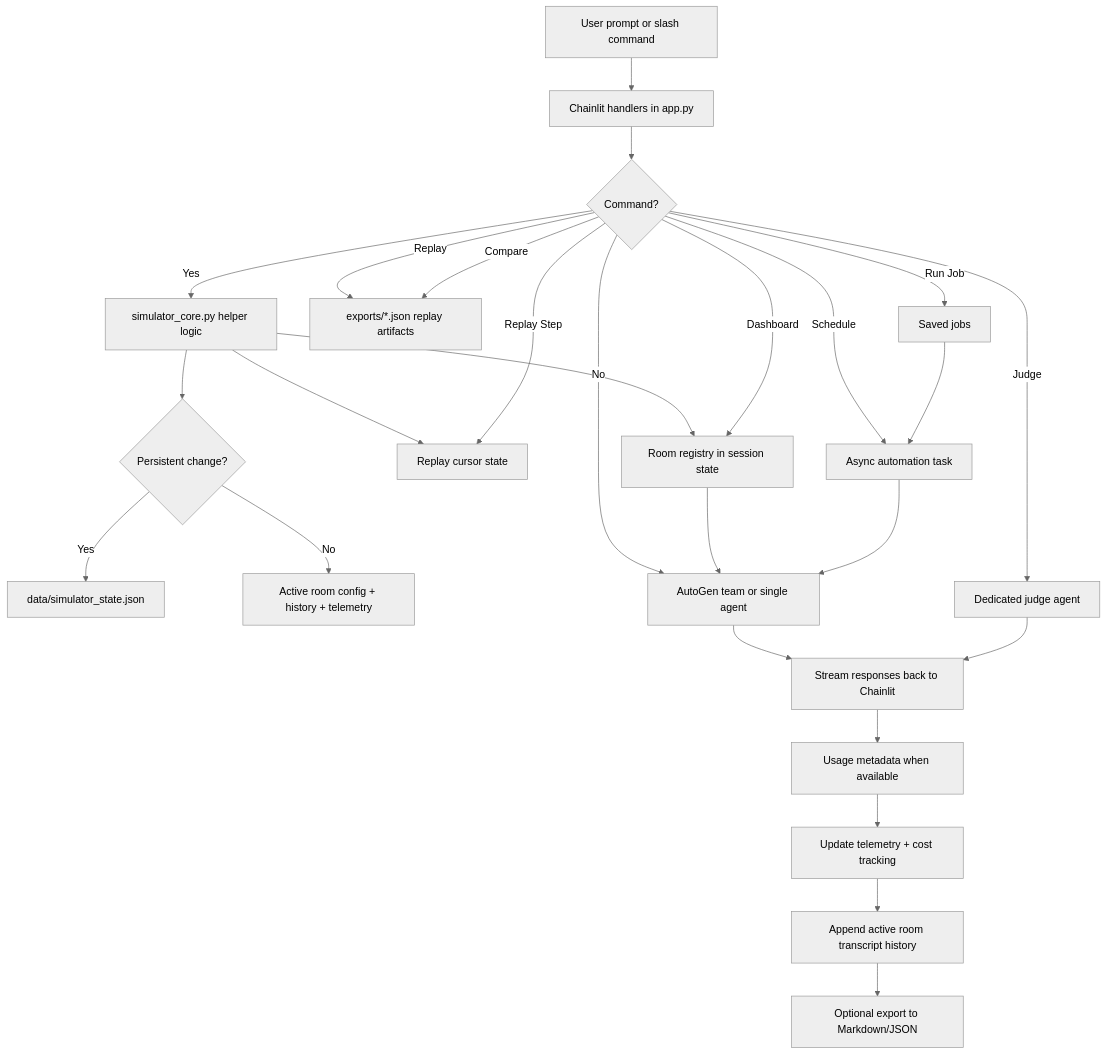
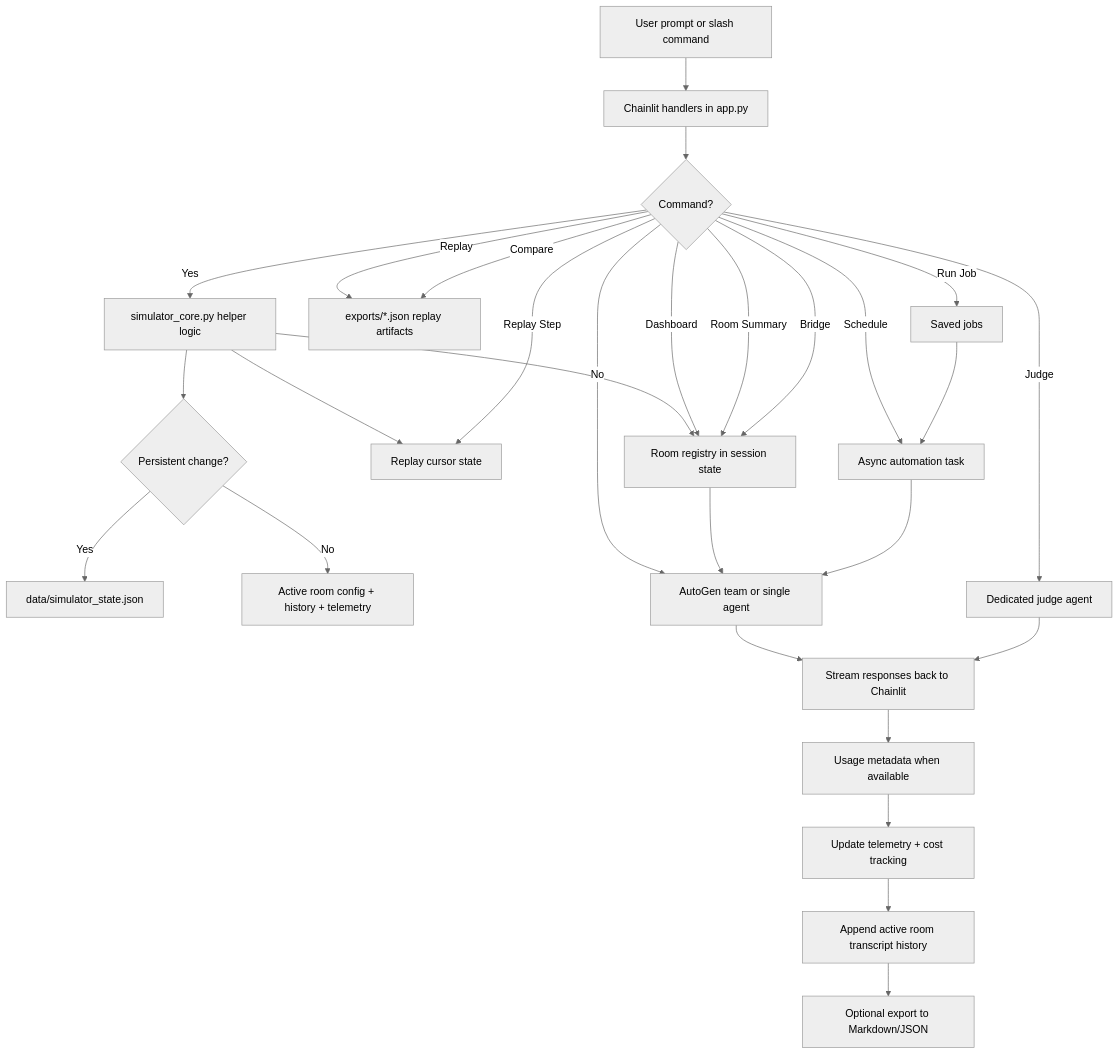
Before and after one commit to robertpelloni/agentirc: the diagram in docs/ai/design/simulator-operations.md, drawn with Mermaid (neutral theme). The commit also changed other lines of this file and 10 other files, not shown here.

Commit message:
feat: add room analytics and bridge notes

````diff
--- a/docs/ai/design/simulator-operations.md
+++ b/docs/ai/design/simulator-operations.md
@@ -62,28 +68,30 @@
 ```mermaid
 flowchart TD
     User[User prompt or slash command] --> CL[Chainlit handlers in app.py]
     CL --> Cmd{Command?}
     Cmd -- Yes --> Core[simulator_core.py helper logic]
     Core --> Rooms[Room registry in session state]
     Core --> ReplayState[Replay cursor state]
     Core --> Persist{Persistent change?}
     Persist -- Yes --> State[data/simulator_state.json]
     Persist -- No --> Session[Active room config + history + telemetry]
+    Cmd -- Dashboard --> Rooms
+    Cmd -- Room Summary --> Rooms
+    Cmd -- Bridge --> Rooms
     Cmd -- Replay --> Exports[exports/*.json replay artifacts]
     Cmd -- Replay Step --> ReplayState
     Cmd -- Compare --> Exports
-    Cmd -- Dashboard --> Rooms
     Cmd -- Schedule --> Task[Async automation task]
     Cmd -- Run Job --> Jobs[Saved jobs]
     Cmd -- Judge --> Judge[Dedicated judge agent]
     Cmd -- No --> Team[AutoGen team or single agent]
     Rooms --> Team
     Jobs --> Task
     Task --> Team
     Team --> Stream[Stream responses back to Chainlit]
     Judge --> Stream
     Stream --> Usage[Usage metadata when available]
     Usage --> Telemetry[Update telemetry + cost tracking]
     Telemetry --> History[Append active room transcript history]
     History --> Export[Optional export to Markdown/JSON]
 ```
````
